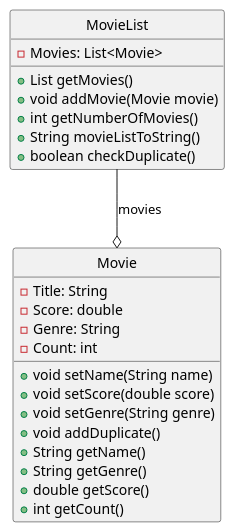
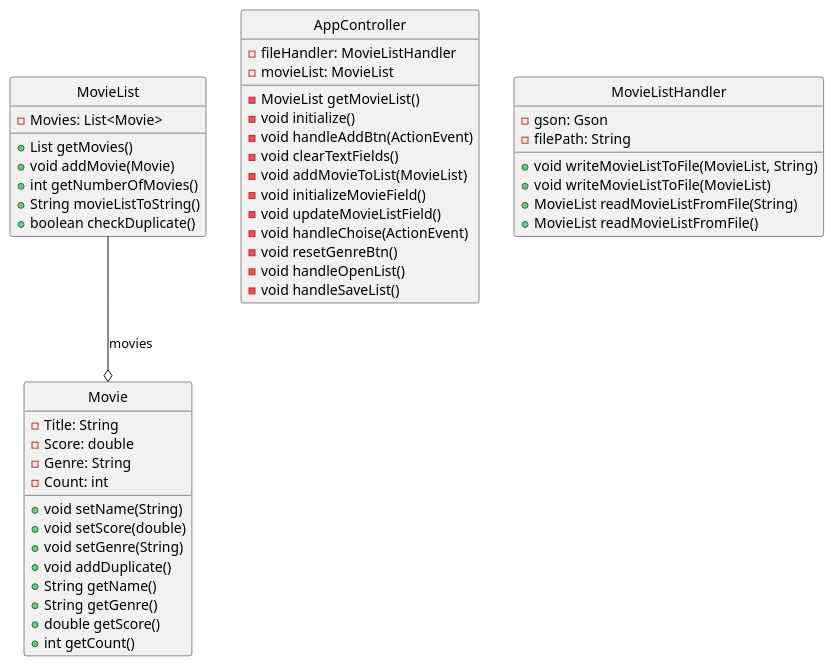
The diagram in docs/release2/diagram.plantuml (thomadha/gr2336), drawn with PlantUML before and after one commit.

Commit message:
Add controller and file-handler to diagram

```diff
--- a/docs/release2/diagram.plantuml
+++ b/docs/release2/diagram.plantuml
@@ -1,32 +1,57 @@
 @startuml Release 2
 skinparam Style strictuml
 skinparam SequenceMessageAlignment center
 
 class Movie {
  - Title: String 
  - Score: double 
  - Genre: String 
  - Count: int 
- + void setName(String name)
- + void setScore(double score)
- + void setGenre(String genre)
+ + void setName(String)
+ + void setScore(double)
+ + void setGenre(String)
  + void addDuplicate()
  + String getName()
  + String getGenre()
  + double getScore()
  + int getCount()
 }
 
 class MovieList {
  - Movies: List<Movie>
  + List getMovies()
- + void addMovie(Movie movie)
+ + void addMovie(Movie)
  + int getNumberOfMovies()
  + String movieListToString()
  + boolean checkDuplicate()
 }
 
 MovieList --o Movie : movies
 
+class AppController {
+    - fileHandler: MovieListHandler 
+    - movieList: MovieList 
+    - MovieList getMovieList()
+    - void initialize()
+    - void handleAddBtn(ActionEvent)
+    - void clearTextFields()
+    - void addMovieToList(MovieList)
+    - void initializeMovieField()
+    - void updateMovieListField()
+    - void handleChoise(ActionEvent)
+    - void resetGenreBtn()
+    - void handleOpenList()
+    - void handleSaveList()
+
+}
+
+class MovieListHandler {
+    - gson: Gson
+    - filePath: String
+    + void writeMovieListToFile(MovieList, String) 
+    + void writeMovieListToFile(MovieList)
+    + MovieList readMovieListFromFile(String)
+    + MovieList readMovieListFromFile()
+}
 
 @enduml
```
